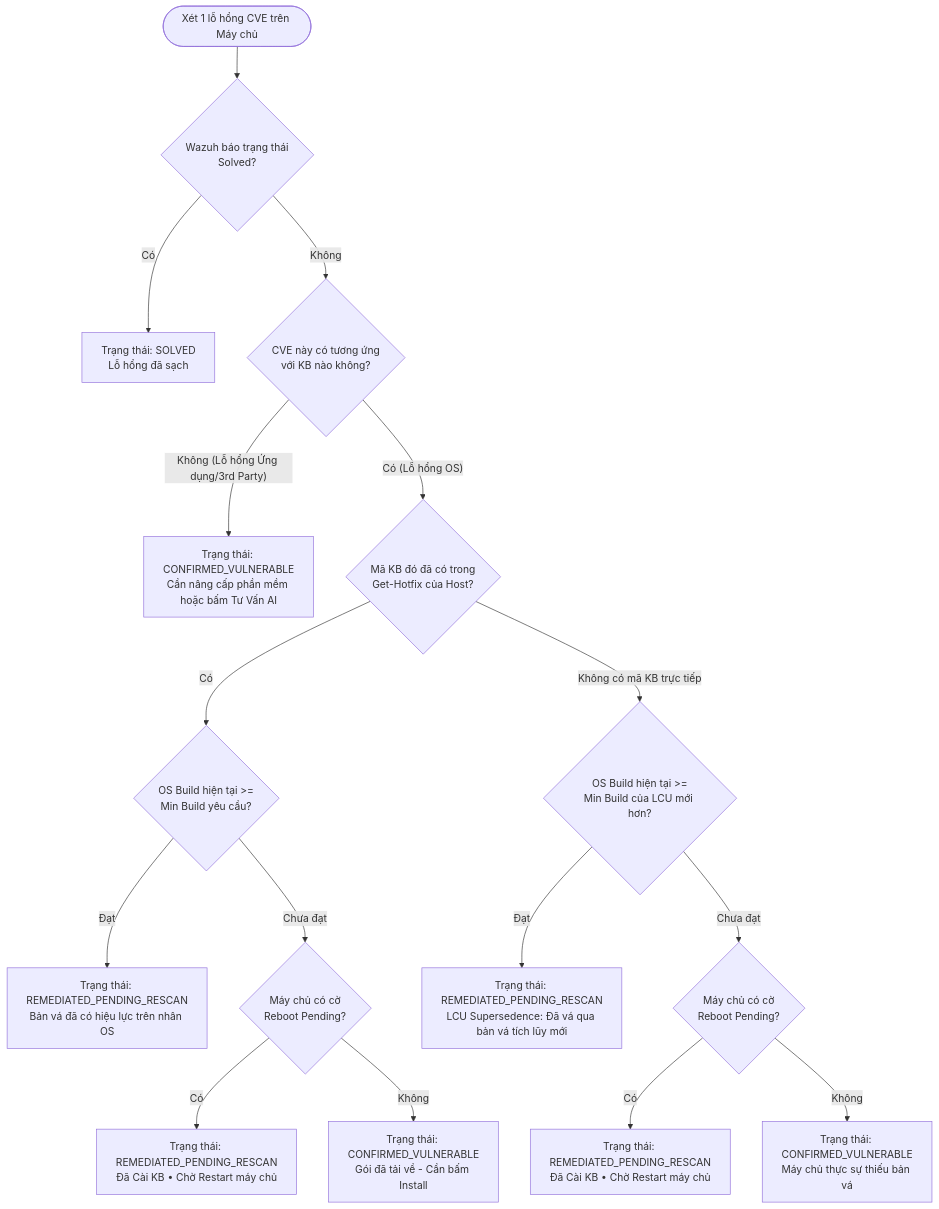
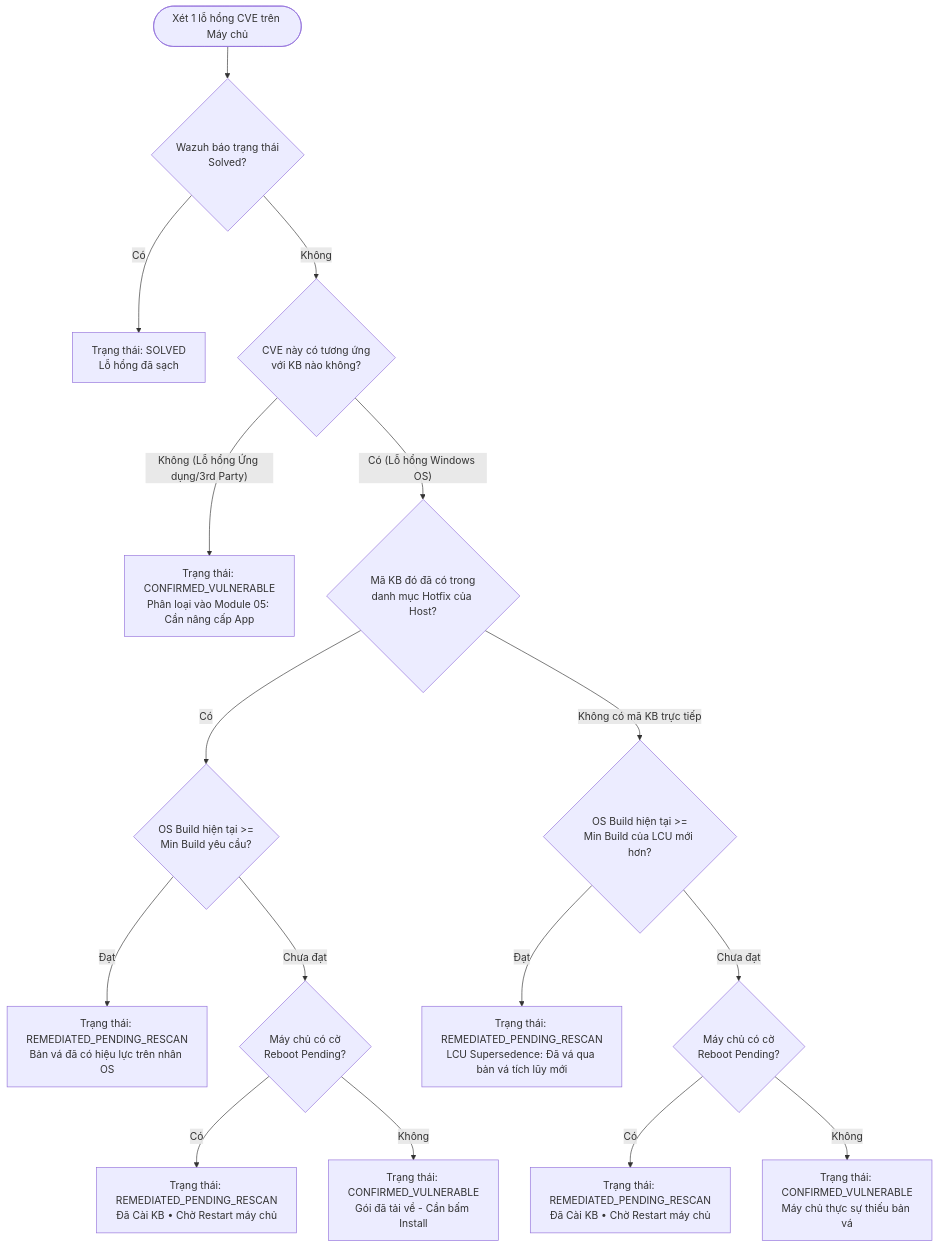
Before and after one commit to kakarot1612/Pacth-management: the second of 2 diagrams in docs/APP_WORKFLOW_ARCHITECTURE.md, drawn with Mermaid. The commit also changed other lines of this file and 7 other files, not shown here.

Commit message:
docs: add technical specs and data flow architecture for all 7 secops modules

````diff
--- a/docs/APP_WORKFLOW_ARCHITECTURE.md
+++ b/docs/APP_WORKFLOW_ARCHITECTURE.md
@@ -133,23 +128,23 @@
 ```mermaid
 flowchart TD
     Start([Xét 1 lỗ hổng CVE trên Máy chủ]) --> Q1{Wazuh báo trạng thái<br>Solved?}
     Q1 -- Có --> Solved[Trạng thái: SOLVED<br>Lỗ hổng đã sạch]
     
     Q1 -- Không --> Q2{CVE này có tương ứng<br>với KB nào không?}
     
-    Q2 -- Không (Lỗ hổng Ứng dụng/3rd Party) --> AppVuln[Trạng thái: CONFIRMED_VULNERABLE<br>Cần nâng cấp phần mềm hoặc bấm Tư Vấn AI]
+    Q2 -- Không (Lỗ hổng Ứng dụng/3rd Party) --> AppVuln[Trạng thái: CONFIRMED_VULNERABLE<br>Phân loại vào Module 05: Cần nâng cấp App]
     
-    Q2 -- Có (Lỗ hổng OS) --> Q3{Mã KB đó đã có trong<br>Get-Hotfix của Host?}
+    Q2 -- Có (Lỗ hổng Windows OS) --> Q3{Mã KB đó đã có trong<br>danh mục Hotfix của Host?}
     
     Q3 -- Có --> Q4{OS Build hiện tại >=<br>Min Build yêu cầu?}
     Q4 -- Đạt --> Remediated1[Trạng thái: REMEDIATED_PENDING_RESCAN<br>Bản vá đã có hiệu lực trên nhân OS]
     Q4 -- Chưa đạt --> Q5{Máy chủ có cờ<br>Reboot Pending?}
     Q5 -- Có --> Remediated2[Trạng thái: REMEDIATED_PENDING_RESCAN<br>Đã Cài KB • Chờ Restart máy chủ]
     Q5 -- Không --> Staged[Trạng thái: CONFIRMED_VULNERABLE<br>Gói đã tải về - Cần bấm Install]
     
     Q3 -- Không có mã KB trực tiếp --> Q6{OS Build hiện tại >=<br>Min Build của LCU mới hơn?}
     Q6 -- Đạt --> LCU_Match[Trạng thái: REMEDIATED_PENDING_RESCAN<br>LCU Supersedence: Đã vá qua bản vá tích lũy mới]
     Q6 -- Chưa đạt --> Q7{Máy chủ có cờ<br>Reboot Pending?}
     Q7 -- Có --> Remediated3[Trạng thái: REMEDIATED_PENDING_RESCAN<br>Đã Cài KB • Chờ Restart máy chủ]
     Q7 -- Không --> Vuln[Trạng thái: CONFIRMED_VULNERABLE<br>Máy chủ thực sự thiếu bản vá]
 ```
````
